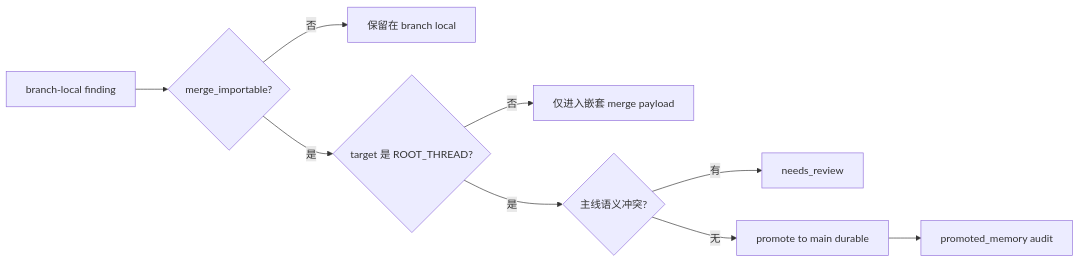
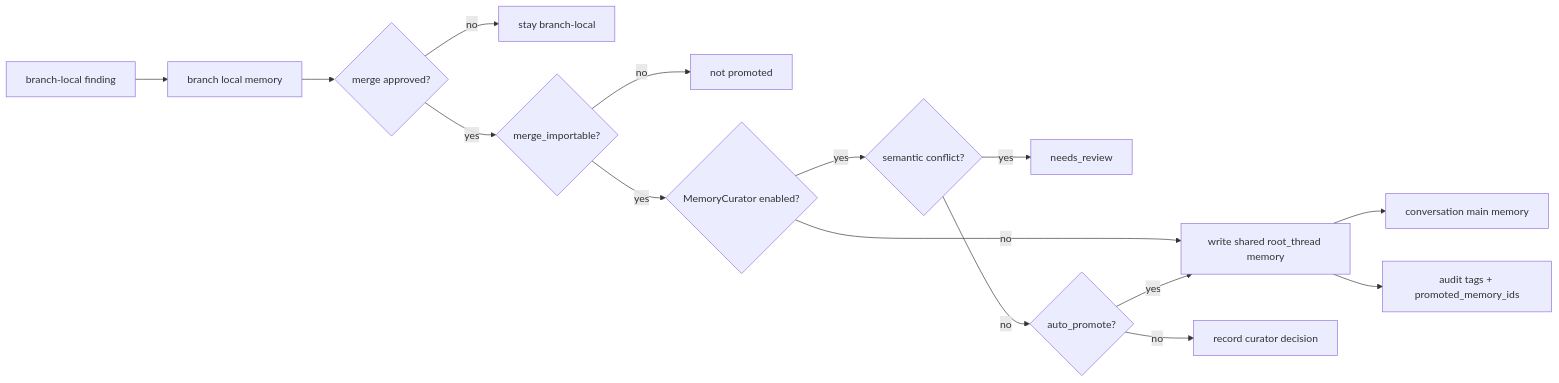
Before and after one commit to William-zgx/focus-agent: the fifth of 6 diagrams in docs/memory-system.md, drawn with Mermaid. The commit also changed other lines of this file and 58 other files, not shown here.

````diff
--- a/docs/memory-system.md
+++ b/docs/memory-system.md
@@ -331,11 +503,17 @@
 ```mermaid
 flowchart LR
-    Finding["branch-local finding"] --> Importable{"merge_importable?"}
-    Importable -- "否" --> Local["保留在 branch local"]
-    Importable -- "是" --> Target{"target 是 ROOT_THREAD?"}
-    Target -- "否" --> Nested["仅进入嵌套 merge payload"]
-    Target -- "是" --> Conflict{"主线语义冲突?"}
-    Conflict -- "有" --> Review["needs_review"]
-    Conflict -- "无" --> Promote["promote to main durable"]
-    Promote --> Audit["promoted_memory audit"]
+    Finding["branch-local finding"] --> Local["branch local memory"]
+    Local --> Merge{"merge approved?"}
+    Merge -- "no" --> Stay["stay branch-local"]
+    Merge -- "yes" --> Importable{"merge_importable?"}
+    Importable -- "no" --> NotPromoted["not promoted"]
+    Importable -- "yes" --> CuratorOn{"MemoryCurator enabled?"}
+    CuratorOn -- "no" --> Promote["write shared root_thread memory"]
+    CuratorOn -- "yes" --> Conflict{"semantic conflict?"}
+    Conflict -- "yes" --> Review["needs_review"]
+    Conflict -- "no" --> Auto{"auto_promote?"}
+    Auto -- "no" --> DecisionOnly["record curator decision"]
+    Auto -- "yes" --> Promote
+    Promote --> Main["conversation main memory"]
+    Promote --> Audit["audit tags + promoted_memory_ids"]
 ```
````
